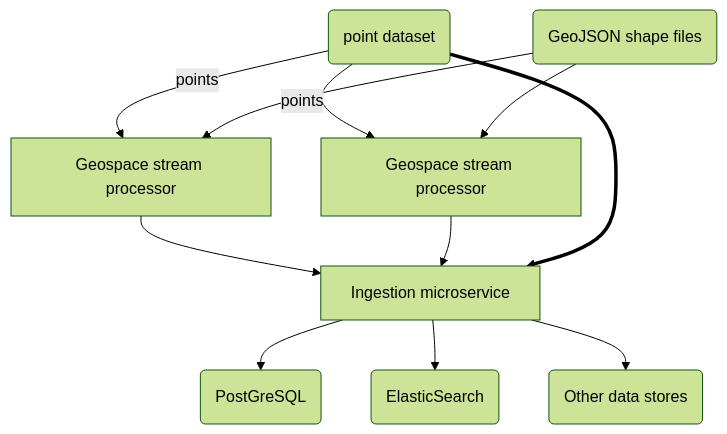
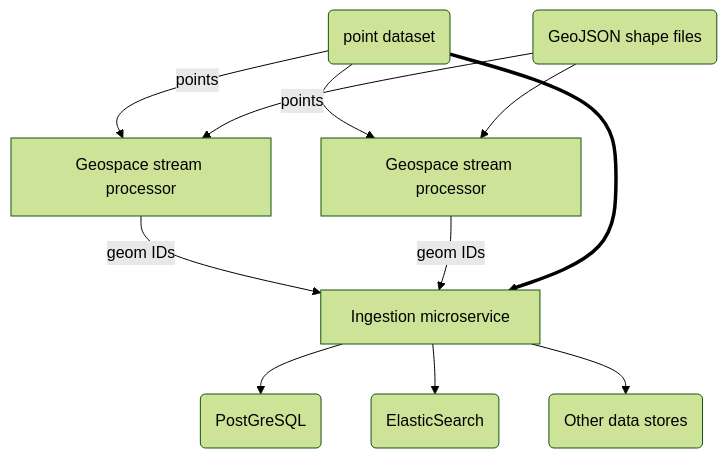
One commit to velvia/presentations changed the diagram in 2015-streaming-geo-processing/geospace-coding.mermaid. Above: the diagram before and after it, drawn with Mermaid (forest theme). The commit also changed 6 other files, not shown here.

```diff
--- a/2015-streaming-geo-processing/geospace-coding.mermaid
+++ b/2015-streaming-geo-processing/geospace-coding.mermaid
@@ -1,11 +1,11 @@
 graph TB
   A(point dataset) -->|points| G1[Geospace stream processor]
   A(point dataset) -->|points| G2[Geospace stream processor]
-  G1 --> S[Ingestion microservice]
-  G2 --> S
+  G1 -->|geom IDs| S[Ingestion microservice]
+  G2 -->|geom IDs| S
   A ==> S
   S --> P(PostGreSQL)
   S --> ES(ElasticSearch)
   S --> O(Other data stores)
   SF(GeoJSON shape files) --> G1
   SF --> G2
```
